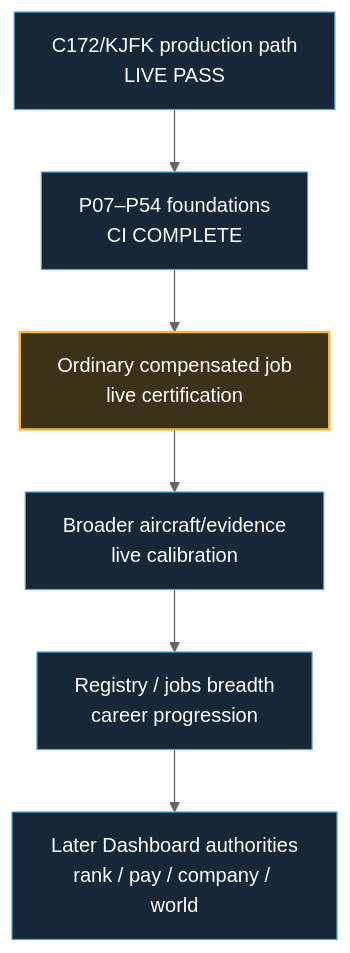
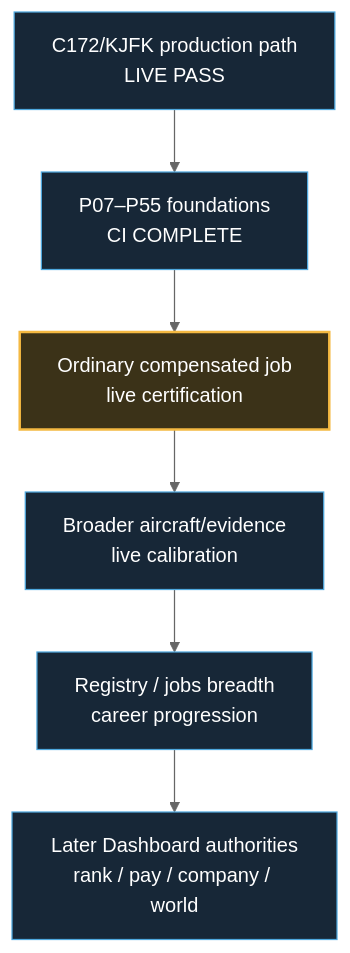
The second of 2 diagrams in docs/development-master-checklist.md (dhavalpddn-eng/OpenCareer), drawn with Mermaid (neutral theme) before and after one commit. The commit also changed other lines of this file and 2 other files, not shown here.

````diff
--- a/docs/development-master-checklist.md
+++ b/docs/development-master-checklist.md
@@ -54,13 +54,13 @@
 ```mermaid
 flowchart TD
-    A["C172/KJFK production path<br/>LIVE PASS"] --> B["P07–P54 foundations<br/>CI COMPLETE"]
+    A["C172/KJFK production path<br/>LIVE PASS"] --> B["P07–P55 foundations<br/>CI COMPLETE"]
     B --> C["Ordinary compensated job<br/>live certification"]
     C --> D["Broader aircraft/evidence<br/>live calibration"]
     D --> E["Registry / jobs breadth<br/>career progression"]
     E --> F["Later Dashboard authorities<br/>rank / pay / company / world"]
 
     classDef next fill:#3b3218,stroke:#F4B942,color:#fff,stroke-width:2px;
     classDef future fill:#172737,stroke:#4EA8DE,color:#fff,stroke-width:1px;
     class C next;
     class A,B,D,E,F future;
 ```
````
